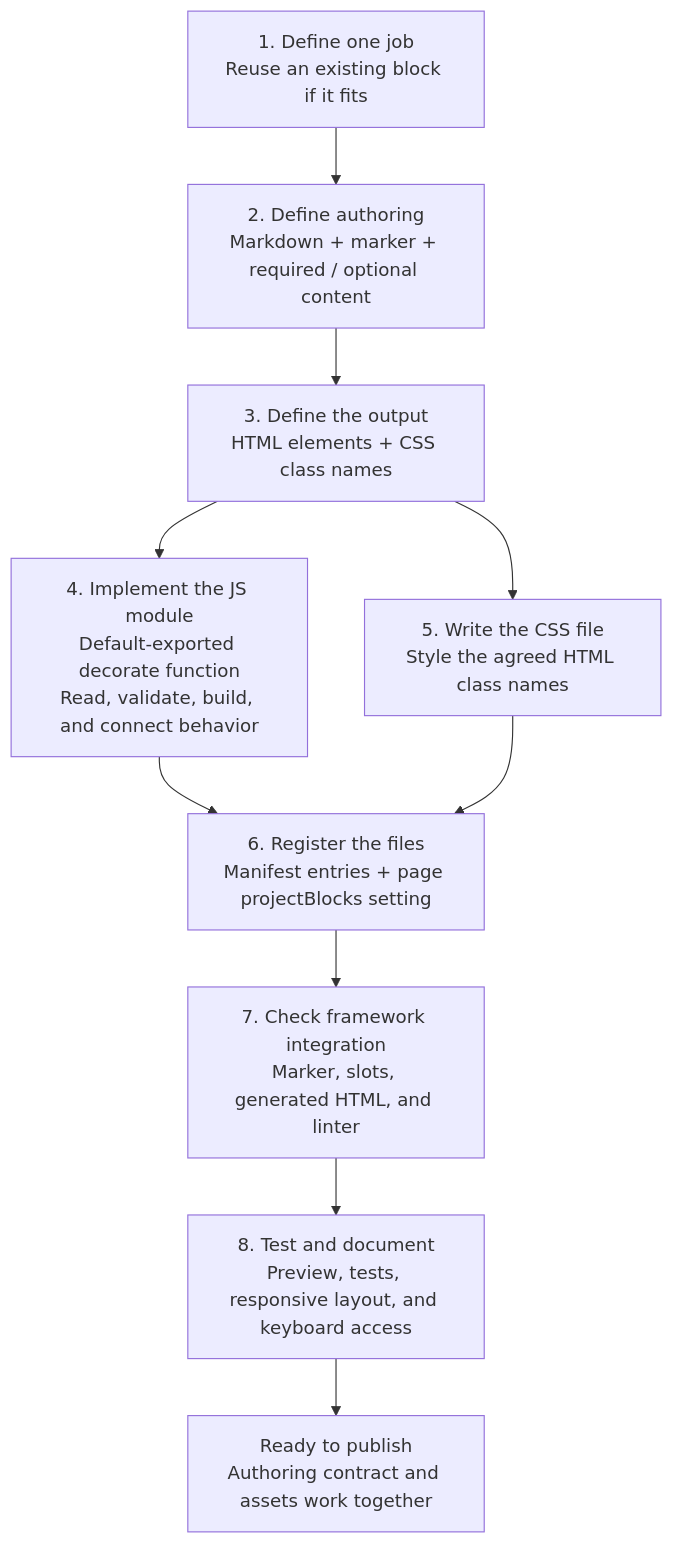
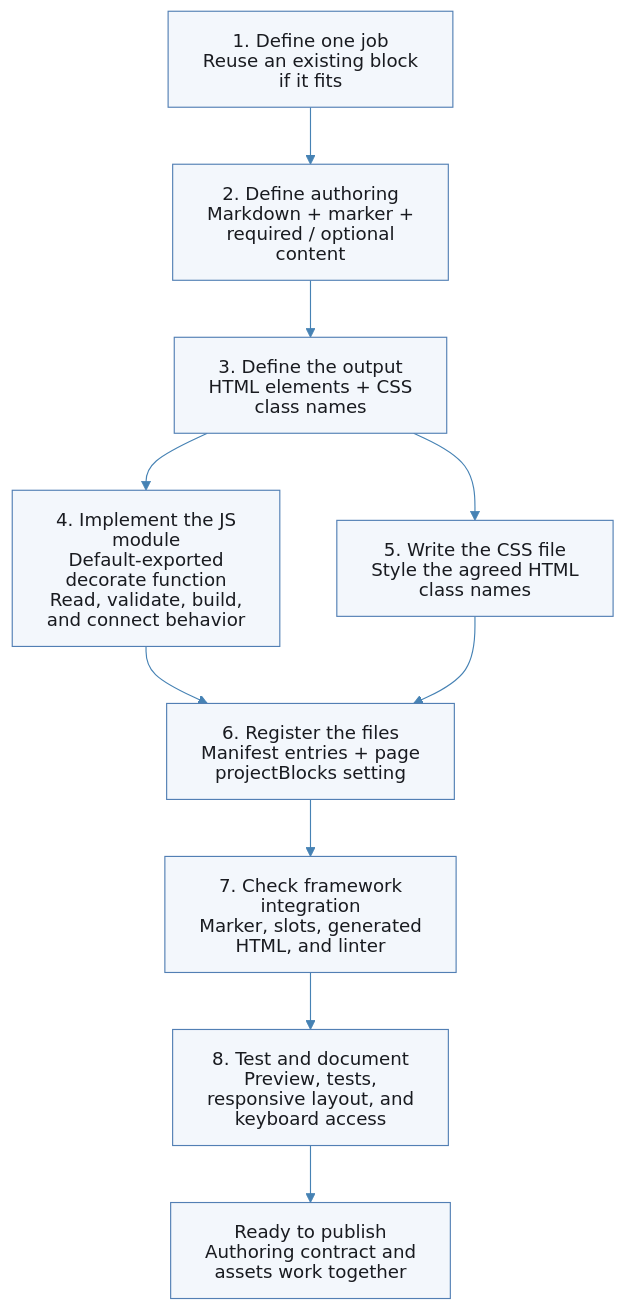
One commit to AdobeDocs/commerce-storefront changed the first of 4 diagrams in BLOCK_DEVELOPMENT.md. Above: the diagram before and after it, drawn with Mermaid. The commit also changed other lines of this file and 3 other files, not shown here.

````diff
--- a/BLOCK_DEVELOPMENT.md
+++ b/BLOCK_DEVELOPMENT.md
@@ -237,19 +239,24 @@
 ```mermaid
+%%{init: {"htmlLabels": false, "flowchart": {"diagramPadding": 16}}}%%
 flowchart TB
+  %% Explicit colors keep node labels readable when the Markdown viewer changes themes.
+  classDef default fill:#f3f7fc,stroke:#527fb4,color:#191b20;
+  linkStyle default stroke:steelblue;
+  
   goal["1. Define one job<br/>Reuse an existing block if it fits"]
   markdown["2. Define authoring<br/>Markdown + marker + required / optional content"]
   html["3. Define the output<br/>HTML elements + CSS class names"]
   javascript["4. Implement the JS module<br/>Default-exported decorate function<br/>Read, validate, build, and connect behavior"]
   css["5. Write the CSS file<br/>Style the agreed HTML class names"]
   registration["6. Register the files<br/>Manifest entries + page projectBlocks setting"]
   contract["7. Check framework integration<br/>Marker, slots, generated HTML, and linter"]
   tests["8. Test and document<br/>Preview, tests, responsive layout, and keyboard access"]
   ready["Ready to publish<br/>Authoring contract and assets work together"]
 
   goal --> markdown --> html
   html --> javascript
   html --> css
   javascript --> registration
   css --> registration
   registration --> contract --> tests --> ready
 ```
````
